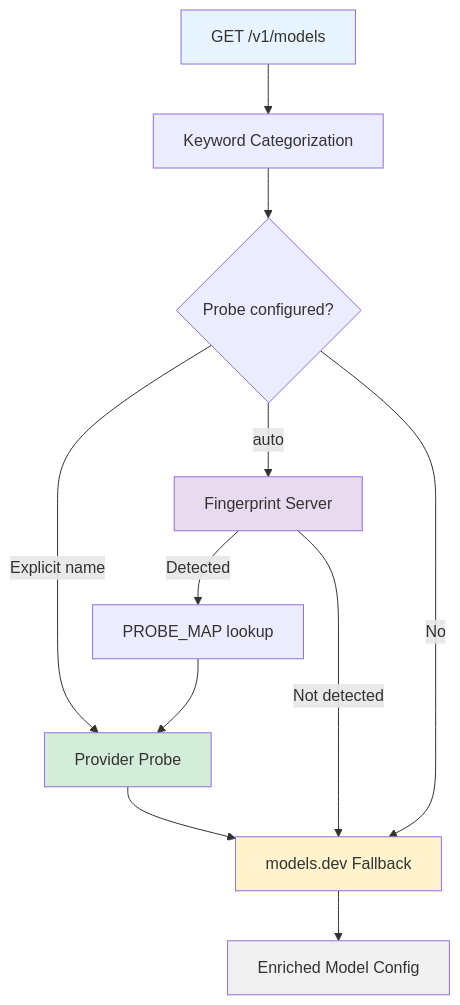
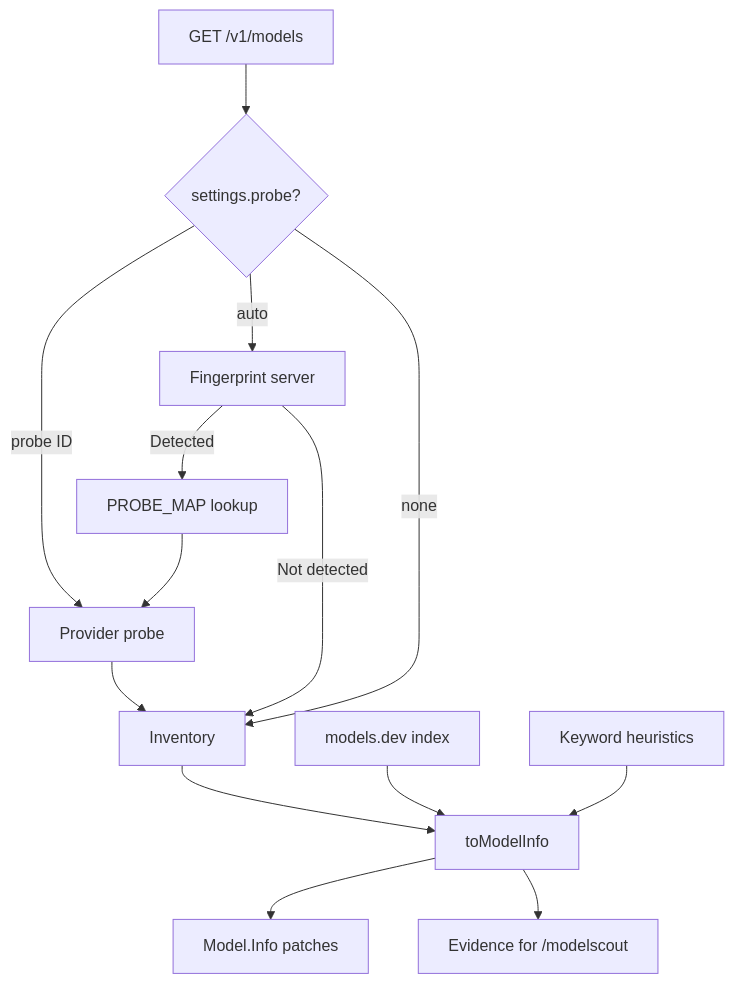
The second of 4 diagrams in CONTRIBUTING.md (rmk40/opencode-model-scout), drawn with Mermaid before and after one commit. The commit also changed other lines of this file and 68 other files, not shown here.

````diff
--- a/CONTRIBUTING.md
+++ b/CONTRIBUTING.md
@@ -94,19 +189,16 @@
 ```mermaid
 flowchart TD
-    A["GET /v1/models"] --> B["Keyword Categorization"]
-    B --> C{Probe configured?}
-    C -->|Explicit name| D["Provider Probe"]
-    C -->|"auto"| G["Fingerprint Server"]
-    C -->|No| E["models.dev Fallback"]
-    G -->|Detected| H["PROBE_MAP lookup"]
-    G -->|Not detected| E
+    A["GET /v1/models"] --> B{"settings.probe?"}
+    B -->|"probe ID"| D["Provider probe"]
+    B -->|"auto"| G["Fingerprint server"]
+    B -->|"none"| E["Inventory"]
+    G -->|"Detected"| H["PROBE_MAP lookup"]
+    G -->|"Not detected"| E
     H --> D
     D --> E
-    E --> F["Enriched Model Config"]
-
-    style A fill:#e8f4fd
-    style D fill:#d4edda
-    style E fill:#fff3cd
-    style F fill:#f0f0f0
-    style G fill:#e8daef
+    E --> M["toModelInfo"]
+    I["models.dev index"] --> M
+    K["Keyword heuristics"] --> M
+    M --> P["Model.Info patches"]
+    M --> V["Evidence for /modelscout"]
 ```
````
